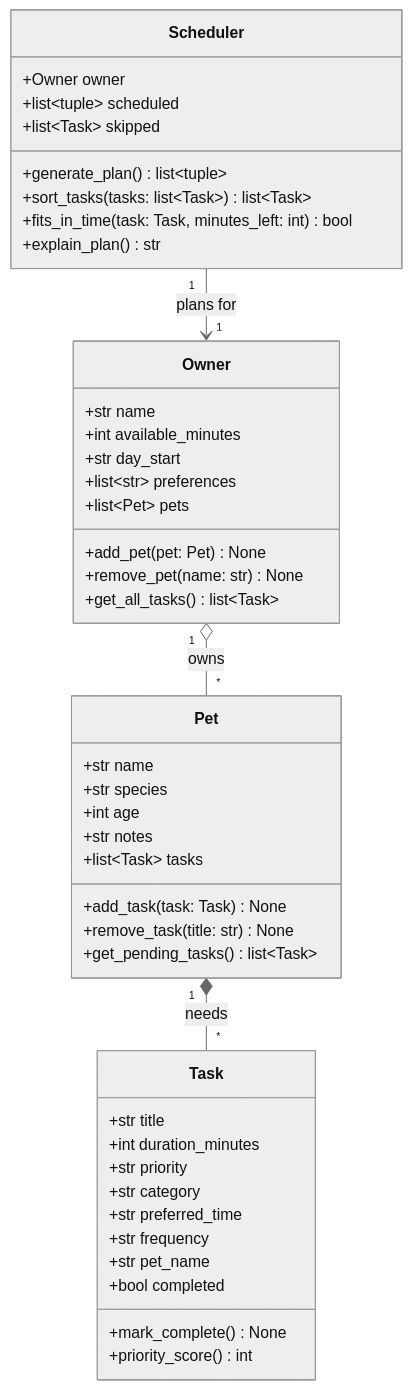
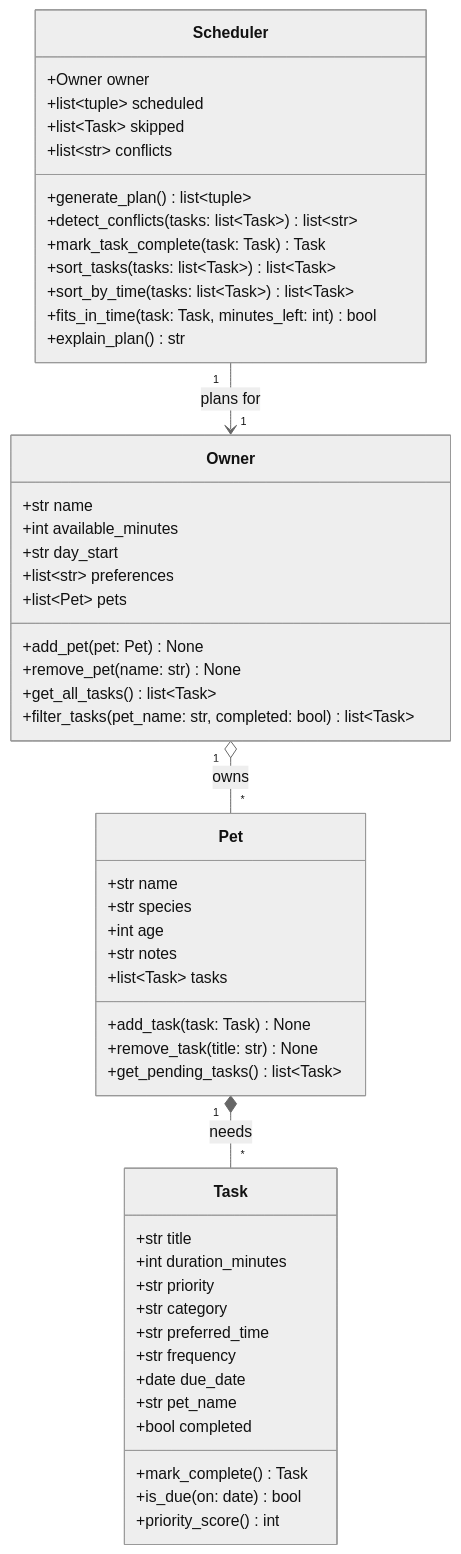
The diagram in diagrams/uml.mmd (TahirZogaj/ai110-module2show-pawpal-starter), drawn with Mermaid (neutral theme) before and after one commit. The commit also changed 6 other files, not shown here.

```diff
--- a/diagrams/uml.mmd
+++ b/diagrams/uml.mmd
@@ -1,51 +1,58 @@
 classDiagram
     %% PawPal+ draft UML — keep this file updated so it matches the final implementation.
 
     class Owner {
         +str name
         +int available_minutes
         +str day_start
         +list~str~ preferences
         +list~Pet~ pets
         +add_pet(pet: Pet) None
         +remove_pet(name: str) None
         +get_all_tasks() list~Task~
+        +filter_tasks(pet_name: str, completed: bool) list~Task~
     }
 
     class Pet {
         +str name
         +str species
         +int age
         +str notes
         +list~Task~ tasks
         +add_task(task: Task) None
         +remove_task(title: str) None
         +get_pending_tasks() list~Task~
     }
 
     class Task {
         +str title
         +int duration_minutes
         +str priority
         +str category
         +str preferred_time
         +str frequency
+        +date due_date
         +str pet_name
         +bool completed
-        +mark_complete() None
+        +mark_complete() Task
+        +is_due(on: date) bool
         +priority_score() int
     }
 
     class Scheduler {
         +Owner owner
         +list~tuple~ scheduled
         +list~Task~ skipped
+        +list~str~ conflicts
         +generate_plan() list~tuple~
+        +detect_conflicts(tasks: list~Task~) list~str~
+        +mark_task_complete(task: Task) Task
         +sort_tasks(tasks: list~Task~) list~Task~
+        +sort_by_time(tasks: list~Task~) list~Task~
         +fits_in_time(task: Task, minutes_left: int) bool
         +explain_plan() str
     }
 
     Owner "1" o-- "*" Pet : owns
     Pet "1" *-- "*" Task : needs
     Scheduler "1" --> "1" Owner : plans for
```
